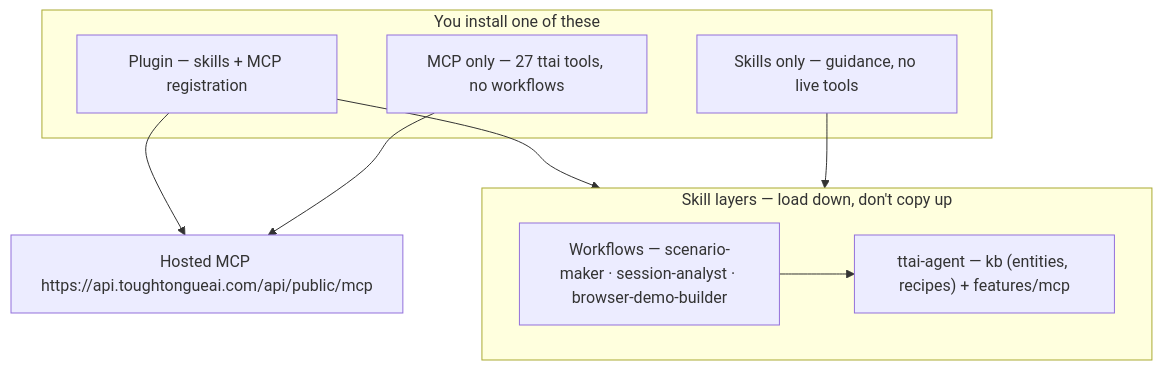
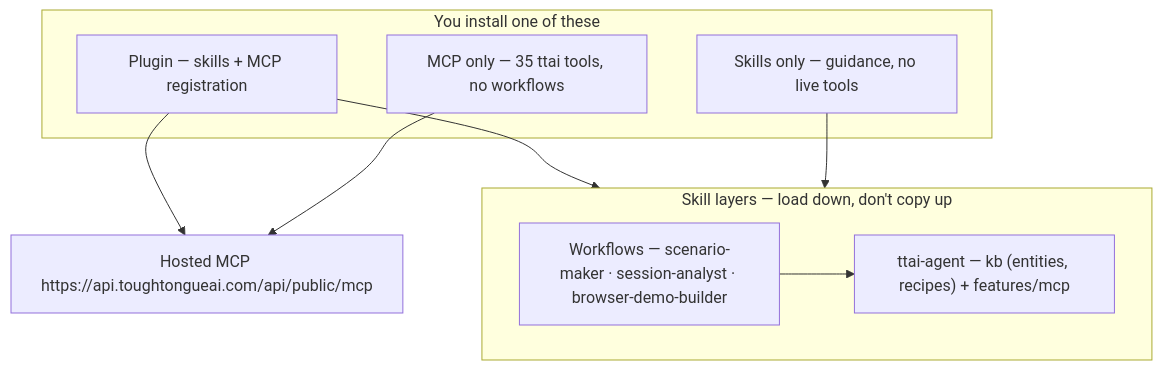
The diagram in README.md (tough-tongue/toughtongue-skills), drawn with Mermaid before and after one commit. The commit also changed other lines of this file and 28 other files, not shown here.

````diff
--- a/README.md
+++ b/README.md
@@ -82,17 +84,17 @@
 ```mermaid
 flowchart TB
   subgraph install["You install one of these"]
     P["Plugin — skills + MCP registration"]
     Sonly["Skills only — guidance, no live tools"]
-    Monly["MCP only — 27 ttai tools, no workflows"]
+    Monly["MCP only — 35 ttai tools, no workflows"]
   end
   subgraph layers["Skill layers — load down, don't copy up"]
     L1["Workflows — scenario-maker · session-analyst · browser-demo-builder"]
     L0["ttai-agent — kb (entities, recipes) + features/mcp"]
     L1 --> L0
   end
   P --> layers
   P --> MCP["Hosted MCP https://api.toughtongueai.com/api/public/mcp"]
   Sonly --> layers
   Monly --> MCP
 ```
````
